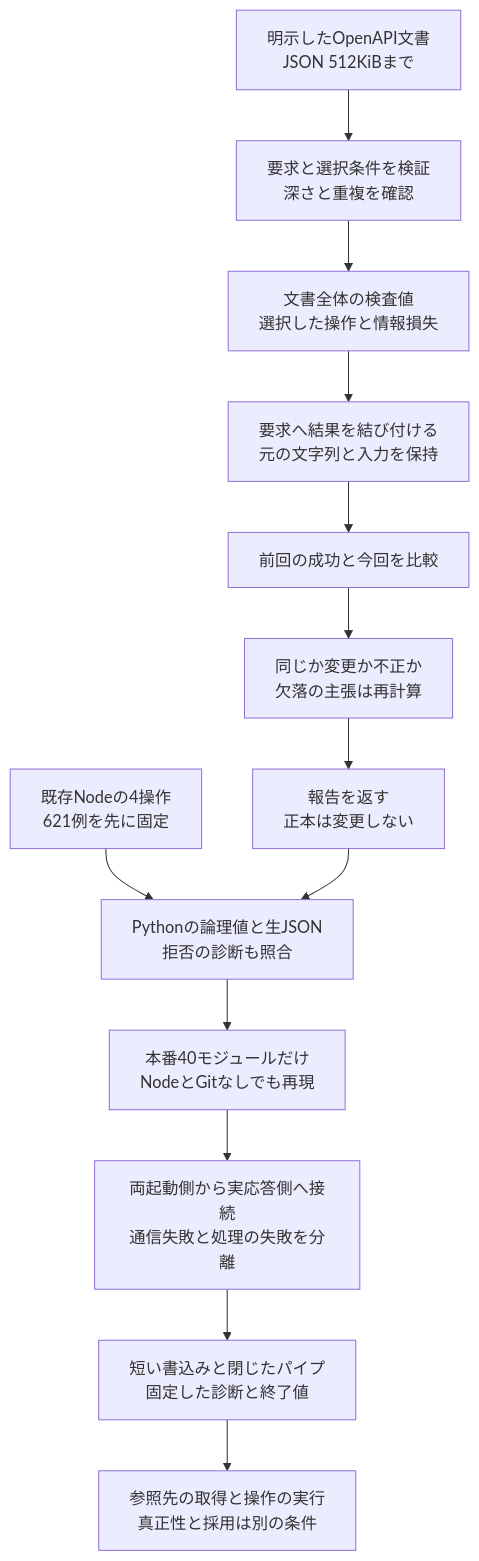
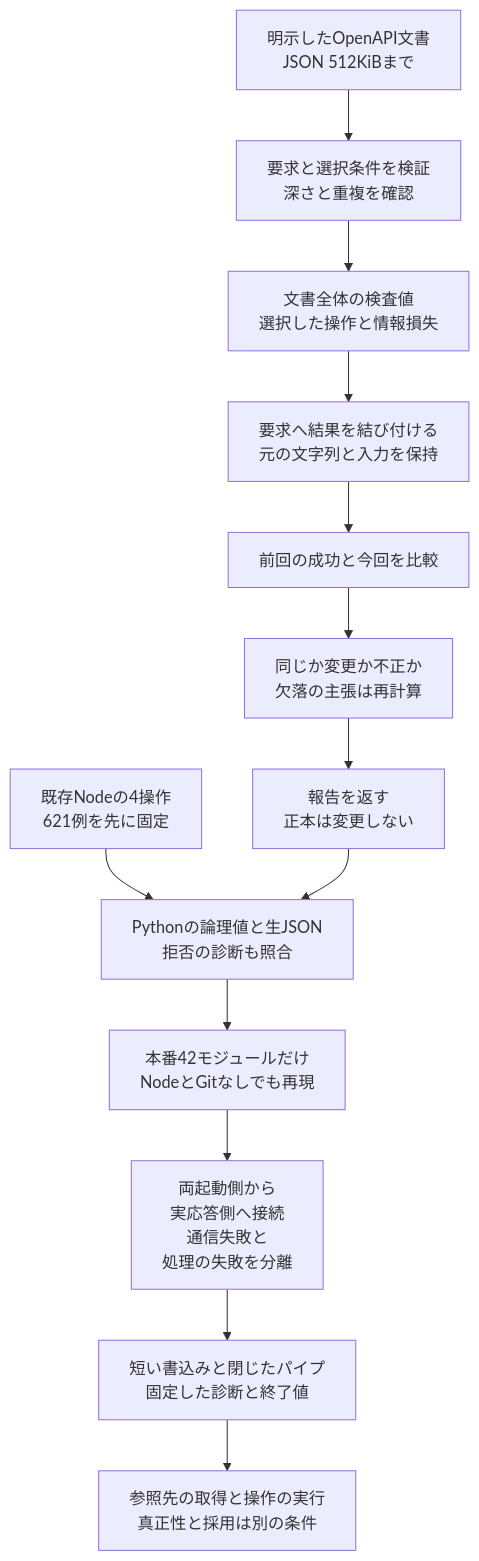
Before and after one commit to koukemo/morivyx: the diagram in docs/diagrams/python-openapi-import.mmd, drawn with Mermaid. The commit also changed 28 other files, not shown here.

```diff
--- a/docs/diagrams/python-openapi-import.mmd
+++ b/docs/diagrams/python-openapi-import.mmd
@@ -1,13 +1,13 @@
 flowchart TD
   A[明示したOpenAPI文書<br/>JSON 512KiBまで] --> B[要求と選択条件を検証<br/>深さと重複を確認]
   B --> C[文書全体の検査値<br/>選択した操作と情報損失]
   C --> D[要求へ結果を結び付ける<br/>元の文字列と入力を保持]
   D --> E[前回の成功と今回を比較]
   E --> F[同じか変更か不正か<br/>欠落の主張は再計算]
   F --> G[報告を返す<br/>正本は変更しない]
   H[既存Nodeの4操作<br/>621例を先に固定] --> I[Pythonの論理値と生JSON<br/>拒否の診断も照合]
   G --> I
-  I --> J[本番40モジュールだけ<br/>NodeとGitなしでも再現]
-  J --> K[両起動側から実応答側へ接続<br/>通信失敗と処理の失敗を分離]
+  I --> J[本番42モジュールだけ<br/>NodeとGitなしでも再現]
+  J --> K[両起動側から<br/>実応答側へ接続<br/>通信失敗と<br/>処理の失敗を分離]
   K --> L[短い書込みと閉じたパイプ<br/>固定した診断と終了値]
   L --> M[参照先の取得と操作の実行<br/>真正性と採用は別の条件]
```
